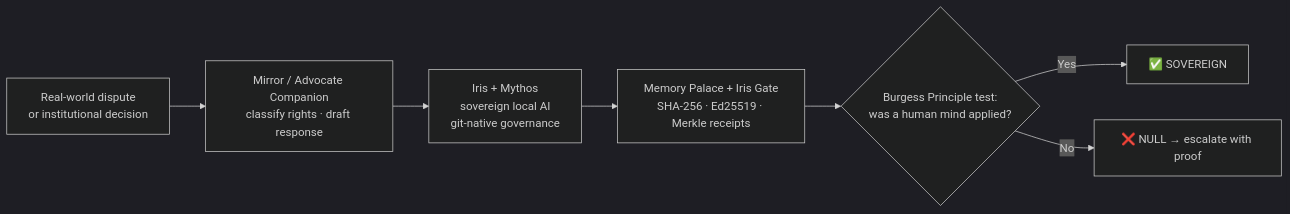
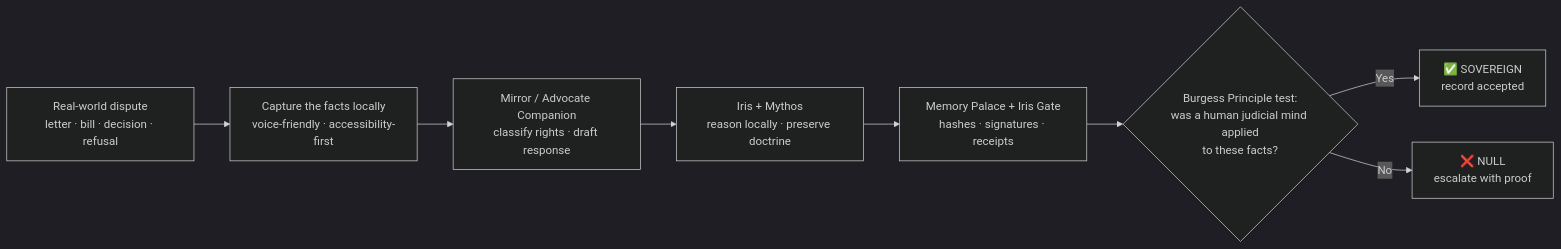
The diagram in README.md (ljbudgie/Ljbudgie), drawn with Mermaid (dark theme) before and after one commit. The commit also changed other lines of this file, not shown here.

Commit message:
Improve README how it works section
Agent-Logs-Url: https://github.com/ljbudgie/Ljbudgie/sessions/0eae098d-5489-4cee-a1a9-81d0f8e42d13

````diff
--- a/README.md
+++ b/README.md
@@ -66,9 +68,10 @@
 ```mermaid
 flowchart LR
-    A[Real-world dispute<br/>or institutional decision] --> B[Mirror / Advocate Companion<br/>classify rights · draft response]
-    B --> C[Iris + Mythos<br/>sovereign local AI<br/>git-native governance]
-    C --> D[Memory Palace + Iris Gate<br/>SHA-256 · Ed25519 · Merkle receipts]
-    D --> E{Burgess Principle test:<br/>was a human mind applied?}
-    E -->|Yes| F[✅ SOVEREIGN]
-    E -->|No| G[❌ NULL → escalate with proof]
+    A[Real-world dispute<br/>letter · bill · decision · refusal] --> B[Capture the facts locally<br/>voice-friendly · accessibility-first]
+    B --> C[Mirror / Advocate Companion<br/>classify rights · draft response]
+    C --> D[Iris + Mythos<br/>reason locally · preserve doctrine]
+    D --> E[Memory Palace + Iris Gate<br/>hashes · signatures · receipts]
+    E --> F{Burgess Principle test:<br/>was a human judicial mind applied<br/>to these facts?}
+    F -->|Yes| G[✅ SOVEREIGN<br/>record accepted]
+    F -->|No| H[❌ NULL<br/>escalate with proof]
 ```
````
